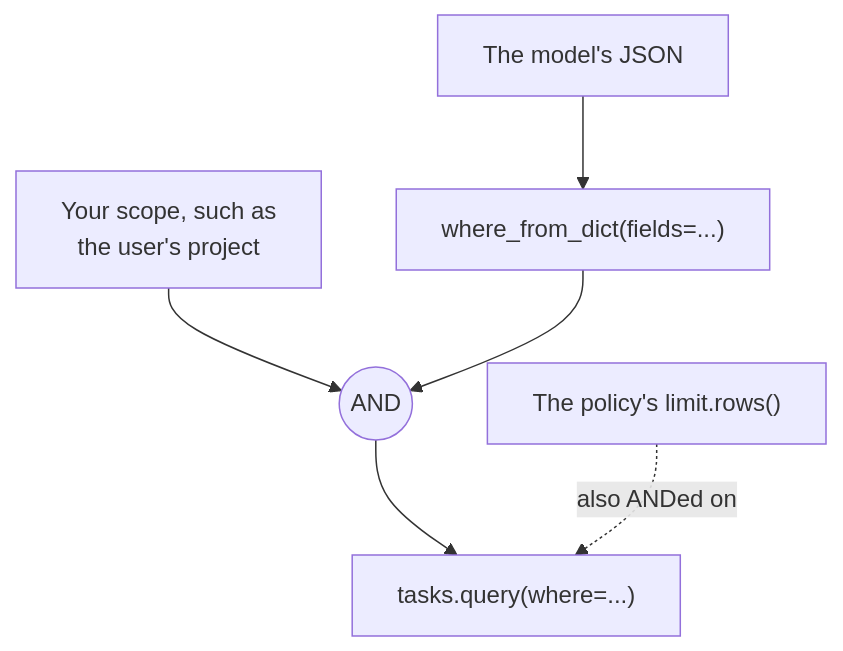
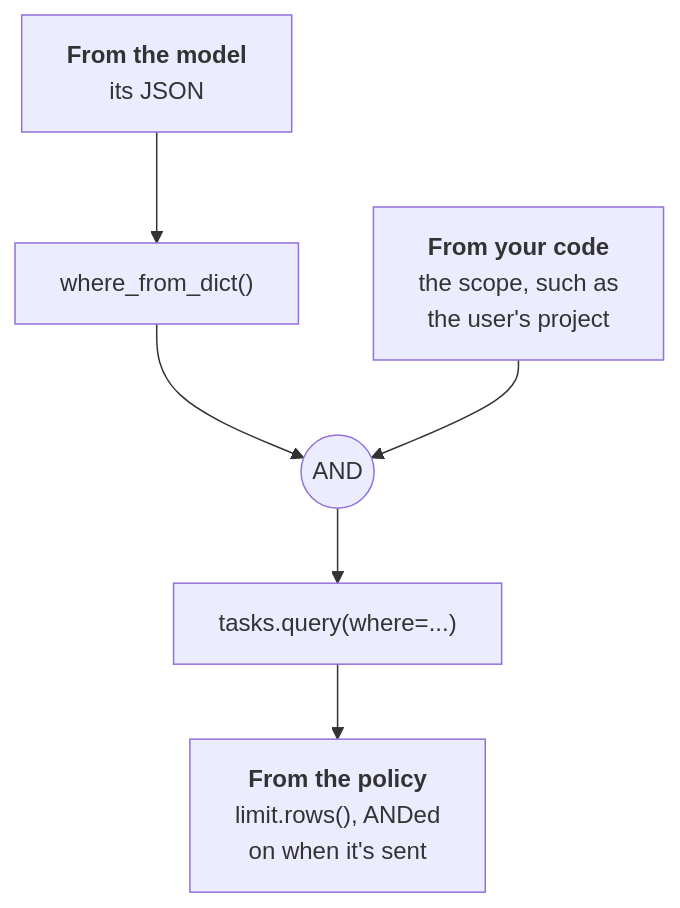
One commit to matthew-williams-solutions/pyquickbase changed the diagram in docs/agents/untrusted-input.md. Above: the diagram before and after it, drawn with Mermaid. The commit also changed 13 other files, not shown here.

First line of the commit message:
Keep the diagrams that show structure, and correct what they claimed

````diff
--- a/docs/agents/untrusted-input.md
+++ b/docs/agents/untrusted-input.md
@@ -78,8 +78,8 @@
 ```mermaid
 flowchart TD
-    J["The model's JSON"] --> W["where_from_dict(fields=...)"]
-    S["Your scope, such as<br/>the user's project"] --> AND((AND))
-    W --> AND
+    J["<b>From the model</b><br/>its JSON"] --> W["where_from_dict()"]
+    W --> AND((AND))
+    S["<b>From your code</b><br/>the scope, such as<br/>the user's project"] --> AND
     AND --> Q["tasks.query(where=...)"]
-    P["The policy's limit.rows()"] -. also ANDed on .-> Q
+    Q --> L["<b>From the policy</b><br/>limit.rows(), ANDed<br/>on when it's sent"]
 ```
````
